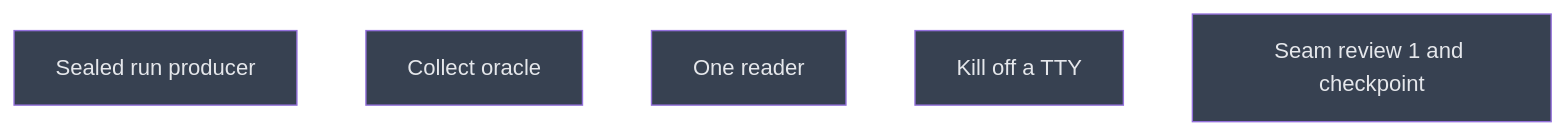
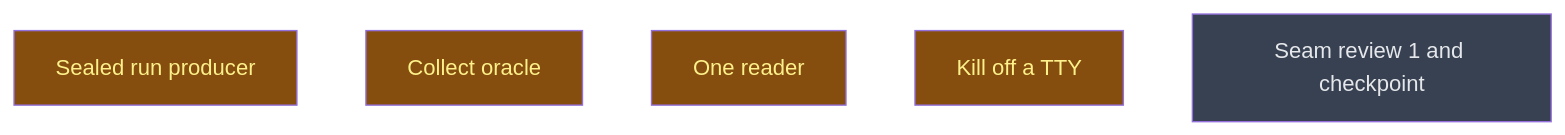
Before and after one commit to CrackingShells/Candler: the diagram in __roadmap__/integrity/causes/README.md, drawn with Mermaid. The commit also changed other lines of this file and 1 other file, not shown here.

````diff
--- a/__roadmap__/integrity/causes/README.md
+++ b/__roadmap__/integrity/causes/README.md
@@ -18,13 +18,13 @@
 ```mermaid
 graph TD
-    sealed_run_producer[Sealed run producer]:::planned
-    collect_oracle[Collect oracle]:::planned
-    one_reader[One reader]:::planned
-    kill_off_tty[Kill off a TTY]:::planned
+    sealed_run_producer[Sealed run producer]:::inprogress
+    collect_oracle[Collect oracle]:::inprogress
+    one_reader[One reader]:::inprogress
+    kill_off_tty[Kill off a TTY]:::inprogress
     checkpoint[Seam review 1 and checkpoint]:::planned
     classDef done       fill:#166534,color:#bbf7d0
     classDef inprogress fill:#854d0e,color:#fef08a
     classDef planned    fill:#374151,color:#e5e7eb
     classDef amendment  fill:#1e3a5f,color:#bfdbfe
     classDef blocked    fill:#7f1d1d,color:#fecaca
 ```
````
